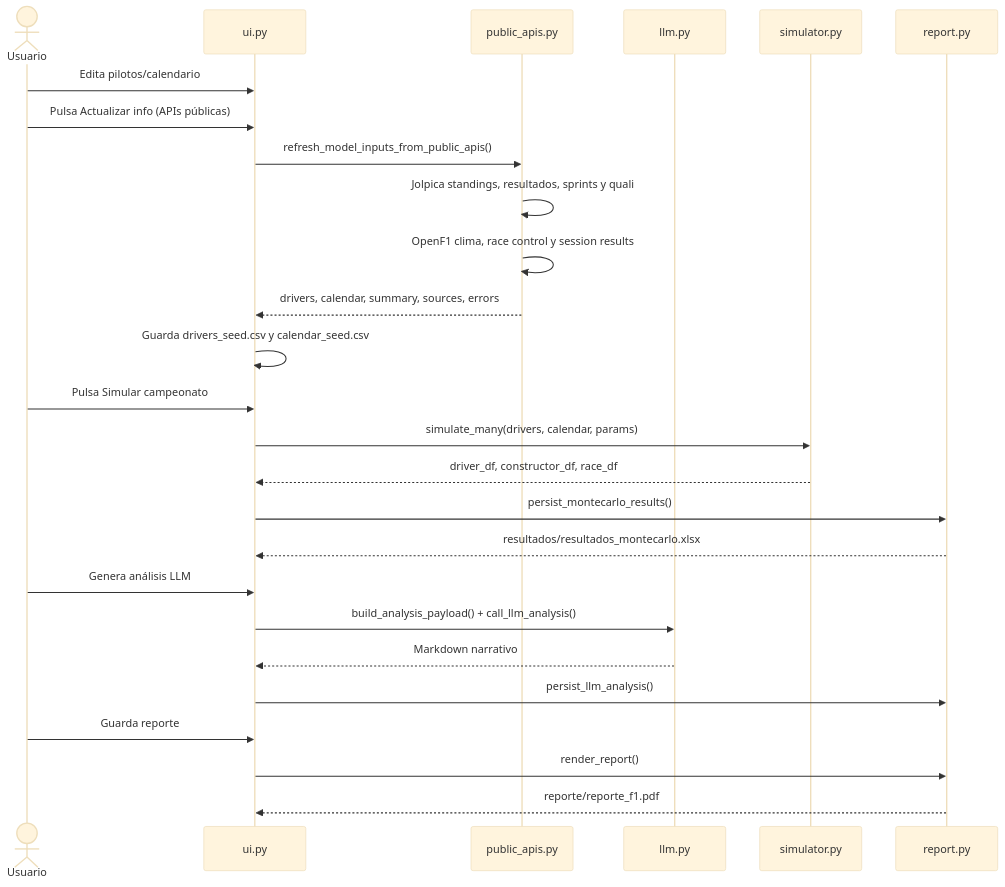
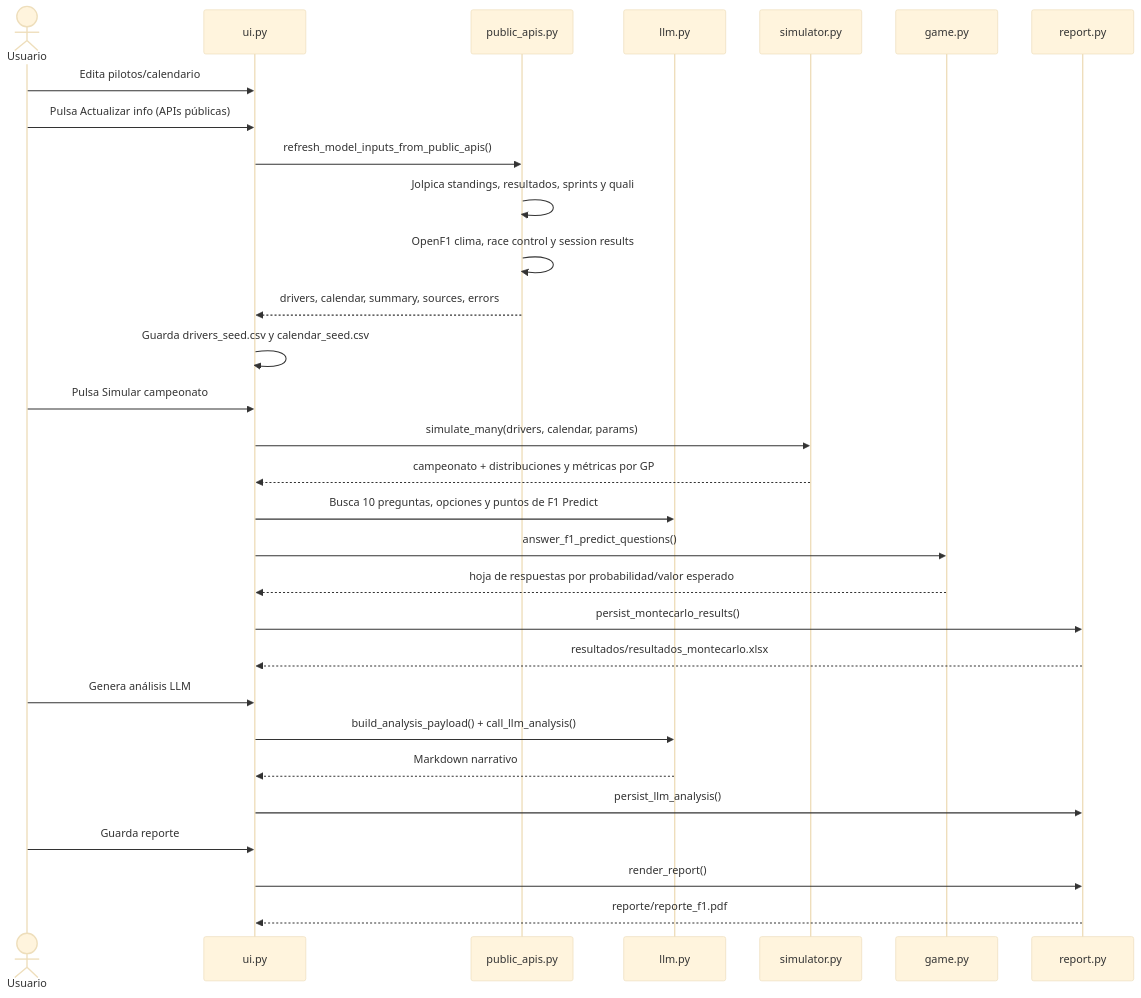
One commit to fjgonzalezmgt/F1-Results changed the third of 3 diagrams in README.md. Above: the diagram before and after it, drawn with Mermaid (base theme). The commit also changed other lines of this file and 9 other files, not shown here.

````diff
--- a/README.md
+++ b/README.md
@@ -149,32 +154,36 @@
 ```mermaid
 sequenceDiagram
     actor Usuario
     participant UI as ui.py
     participant PUB as public_apis.py
     participant LLM as llm.py
     participant SIM as simulator.py
+    participant GAME as game.py
     participant REP as report.py
 
     Usuario->>UI: Edita pilotos/calendario
     Usuario->>UI: Pulsa Actualizar info (APIs públicas)
     UI->>PUB: refresh_model_inputs_from_public_apis()
     PUB->>PUB: Jolpica standings, resultados, sprints y quali
     PUB->>PUB: OpenF1 clima, race control y session results
     PUB-->>UI: drivers, calendar, summary, sources, errors
     UI->>UI: Guarda drivers_seed.csv y calendar_seed.csv
 
     Usuario->>UI: Pulsa Simular campeonato
     UI->>SIM: simulate_many(drivers, calendar, params)
-    SIM-->>UI: driver_df, constructor_df, race_df
+    SIM-->>UI: campeonato + distribuciones y métricas por GP
+    UI->>LLM: Busca 10 preguntas, opciones y puntos de F1 Predict
+    UI->>GAME: answer_f1_predict_questions()
+    GAME-->>UI: hoja de respuestas por probabilidad/valor esperado
     UI->>REP: persist_montecarlo_results()
     REP-->>UI: resultados/resultados_montecarlo.xlsx
 
     Usuario->>UI: Genera análisis LLM
     UI->>LLM: build_analysis_payload() + call_llm_analysis()
     LLM-->>UI: Markdown narrativo
     UI->>REP: persist_llm_analysis()
 
     Usuario->>UI: Guarda reporte
     UI->>REP: render_report()
     REP-->>UI: reporte/reporte_f1.pdf
 ```
````
